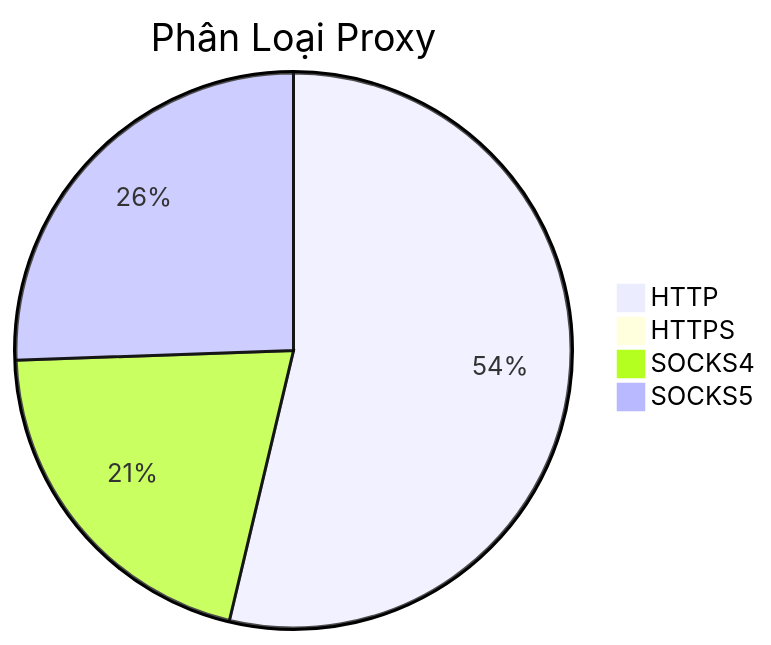
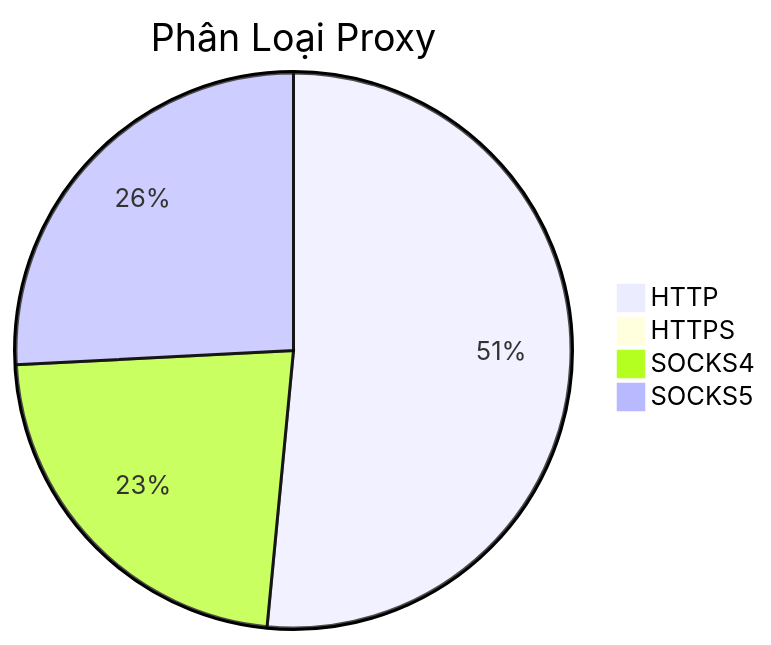
The diagram in README.md (Ciara-12/PROXY-free), drawn with Mermaid before and after one commit. The commit also changed other lines of this file and 4 other files, not shown here.

````diff
--- a/README.md
+++ b/README.md
@@ -26,7 +26,7 @@
 ```mermaid
 pie title Phân Loại Proxy
-    "HTTP" : 1057
-    "HTTPS" : 0
-    "SOCKS4" : 408
-    "SOCKS5" : 503
+    "HTTP" : 916
+    "HTTPS" : 1
+    "SOCKS4" : 403
+    "SOCKS5" : 459
 ```
````
